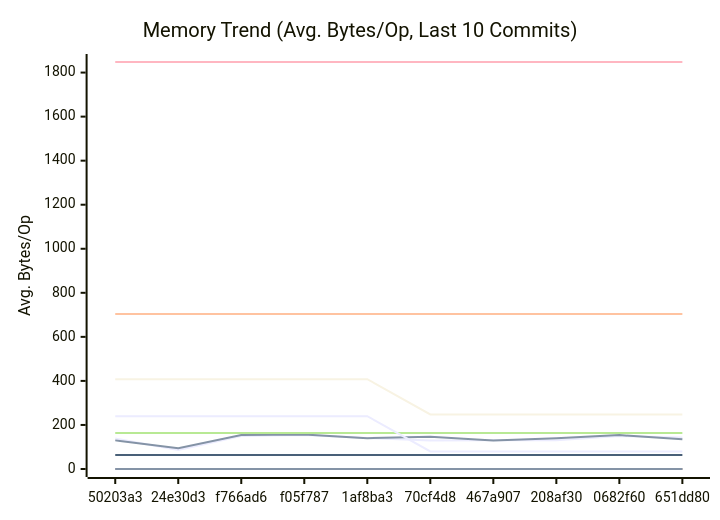
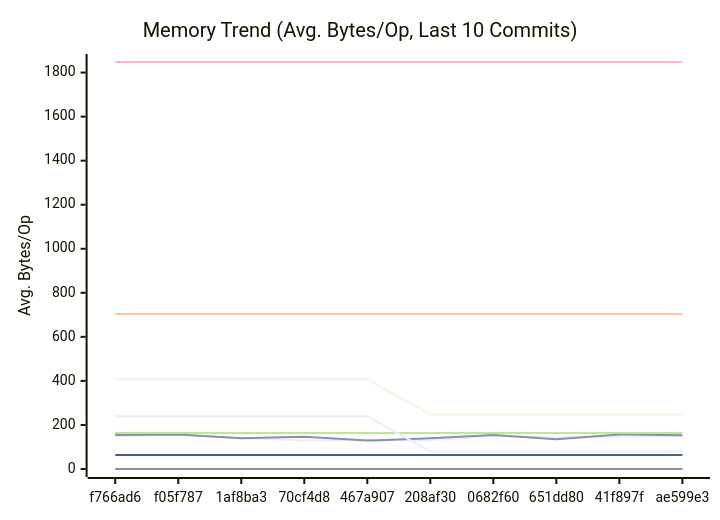
The second of 3 diagrams in docs/PERFORMANCE.md (alsotoes/momo), drawn with Mermaid before and after one commit. The commit also changed other lines of this file and 3 other files, not shown here.

````diff
--- a/docs/PERFORMANCE.md
+++ b/docs/PERFORMANCE.md
@@ -171,20 +171,20 @@
 ```mermaid
 xychart-beta
     title "Memory Trend (Avg. Bytes/Op, Last 10 Commits)"
     x-axis "Commit"
     y-axis "Avg. Bytes/Op"
-    x-axis [50203a3,24e30d3,f766ad6,f05f787,1af8ba3,70cf4d8,467a907,208af30,0682f60,651dd80]
-    line "AWSChunkedReaderSigned" [138,86,150,154,141,129,131,130,150,143]
-    line "AWSChunkedReaderUnsigned" [130,94,154,157,140,146,129,140,154,135]
+    x-axis [f766ad6,f05f787,1af8ba3,70cf4d8,467a907,208af30,0682f60,651dd80,41f897f,ae599e3]
+    line "AWSChunkedReaderSigned" [150,154,141,129,131,130,150,143,148,149]
+    line "AWSChunkedReaderUnsigned" [154,157,140,146,129,140,154,135,157,153]
     line "CheckMetricsAndSwap" [0,0,0,0,0,0,0,0,0,0]
     line "CrushOptimized" [0,0,0,0,0,0,0,0,0,0]
     line "CrushOriginal" [164,164,164,164,164,164,164,164,164,164]
     line "IndexDirectTracking" [0,0,0,0,0,0,0,0,0,0]
     line "IndexSearch" [0,0,0,0,0,0,0,0,0,0]
     line "LoadGlobalConfig" [1848,1848,1848,1848,1848,1848,1848,1848,1848,1848]
     line "PadString" [64,64,64,64,64,64,64,64,64,64]
     line "ParseReplicationOrder_NoPrealloc" [408,408,408,408,408,248,248,248,248,248]
     line "ParseReplicationOrder_Prealloc" [240,240,240,240,240,80,80,80,80,80]
     line "SanitizeLog/Safe" [0,0,0,0,0,0,0,0,0,0]
     line "SanitizeLog/Unsafe" [704,704,704,704,704,704,704,704,704,704]
 ```
````
